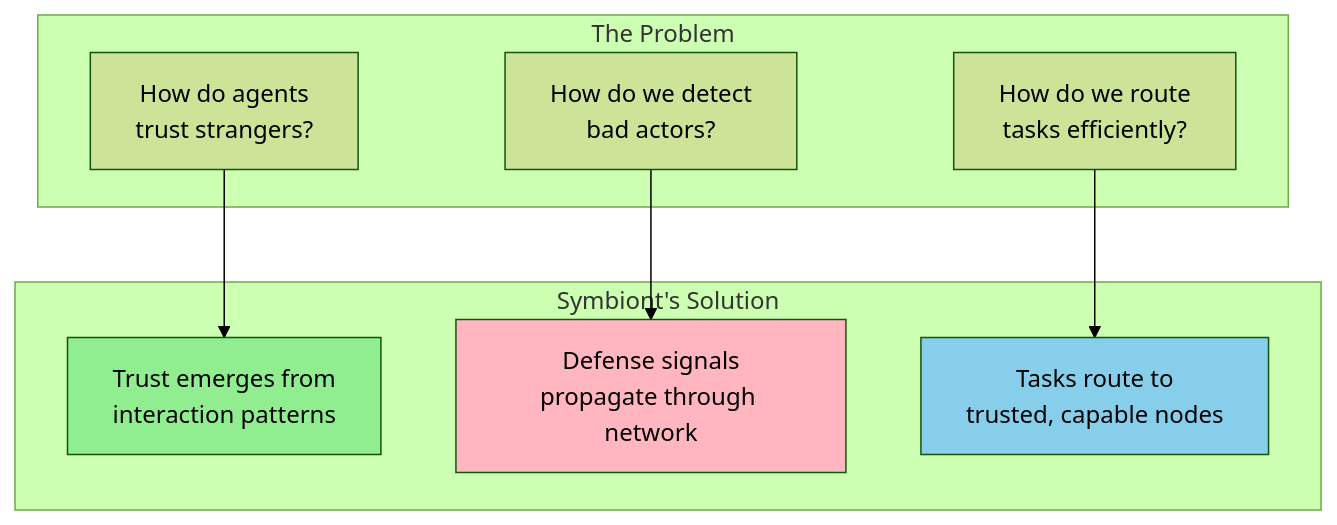
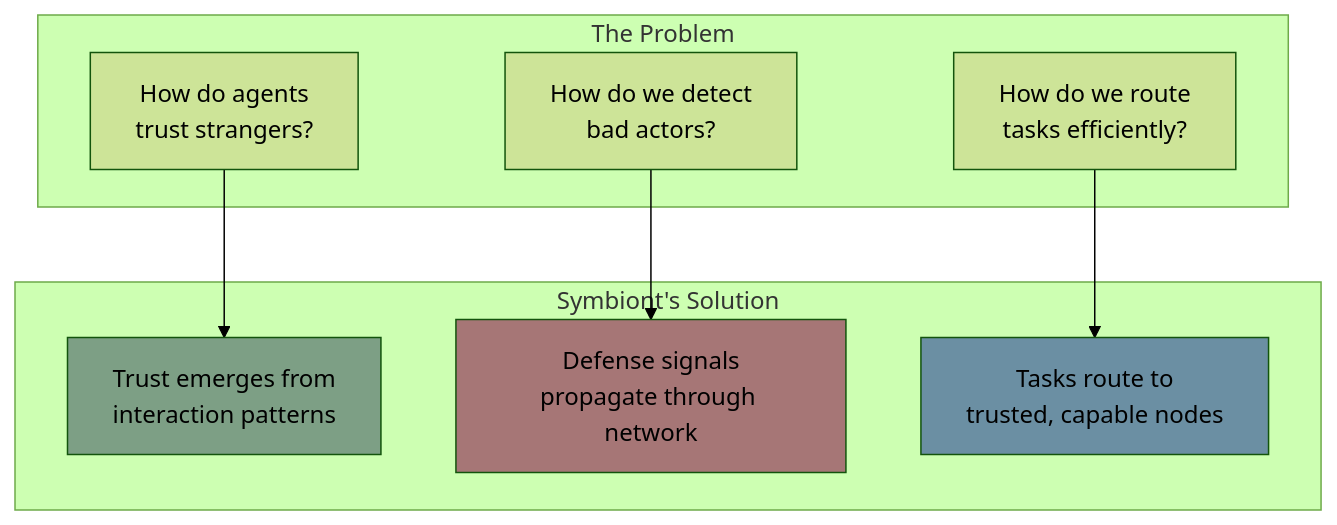
The first of 5 diagrams in docs/concepts/introduction.md (ScopeCreep-zip/Symbiont), drawn with Mermaid (forest theme) before and after one commit. The commit also changed other lines of this file and 17 other files, not shown here.

Commit message:
update to diagram colors

````diff
--- a/docs/concepts/introduction.md
+++ b/docs/concepts/introduction.md
@@ -38,22 +38,22 @@
 ```mermaid
 graph TB
     subgraph "The Problem"
         P1[How do agents<br/>trust strangers?]
         P2[How do we detect<br/>bad actors?]
         P3[How do we route<br/>tasks efficiently?]
     end
 
     subgraph "Symbiont's Solution"
         S1[Trust emerges from<br/>interaction patterns]
         S2[Defense signals<br/>propagate through network]
         S3[Tasks route to<br/>trusted, capable nodes]
     end
 
     P1 --> S1
     P2 --> S2
     P3 --> S3
 
-    style S1 fill:#90EE90
-    style S2 fill:#FFB6C1
-    style S3 fill:#87CEEB
+    style S1 fill:#7d9f85
+    style S2 fill:#a67676
+    style S3 fill:#6b8fa3
 ```
````
